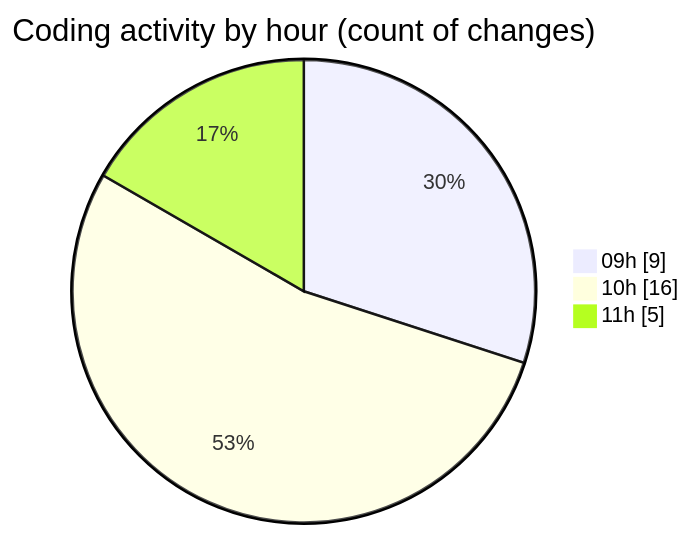
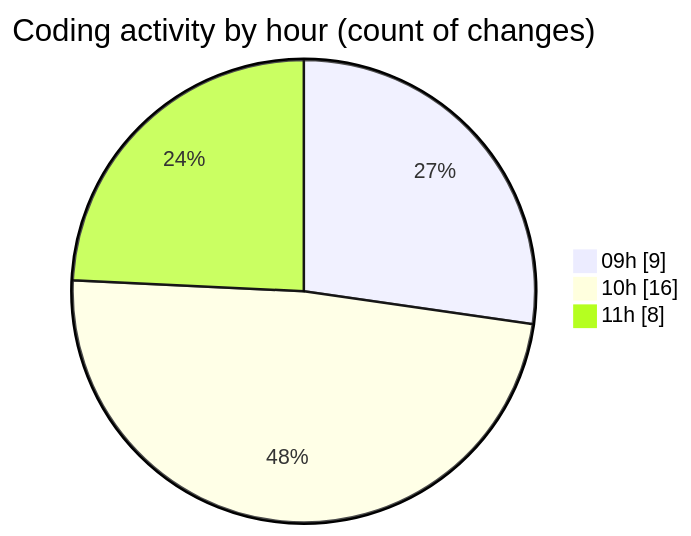
One commit to lephambinh05/code-tracking changed the second of 2 diagrams in 2025-07-10/mail-listener2-0_1_3/README.md. Above: the diagram before and after it, drawn with Mermaid. The commit also changed other lines of this file and 1 other file, not shown here.

````diff
--- a/2025-07-10/mail-listener2-0_1_3/README.md
+++ b/2025-07-10/mail-listener2-0_1_3/README.md
@@ -34,7 +35,7 @@
 ```mermaid
 pie showData
 title Coding activity by hour (count of changes)
 "09h" : 9
 "10h" : 16
-"11h" : 5
+"11h" : 8
 ```
````
